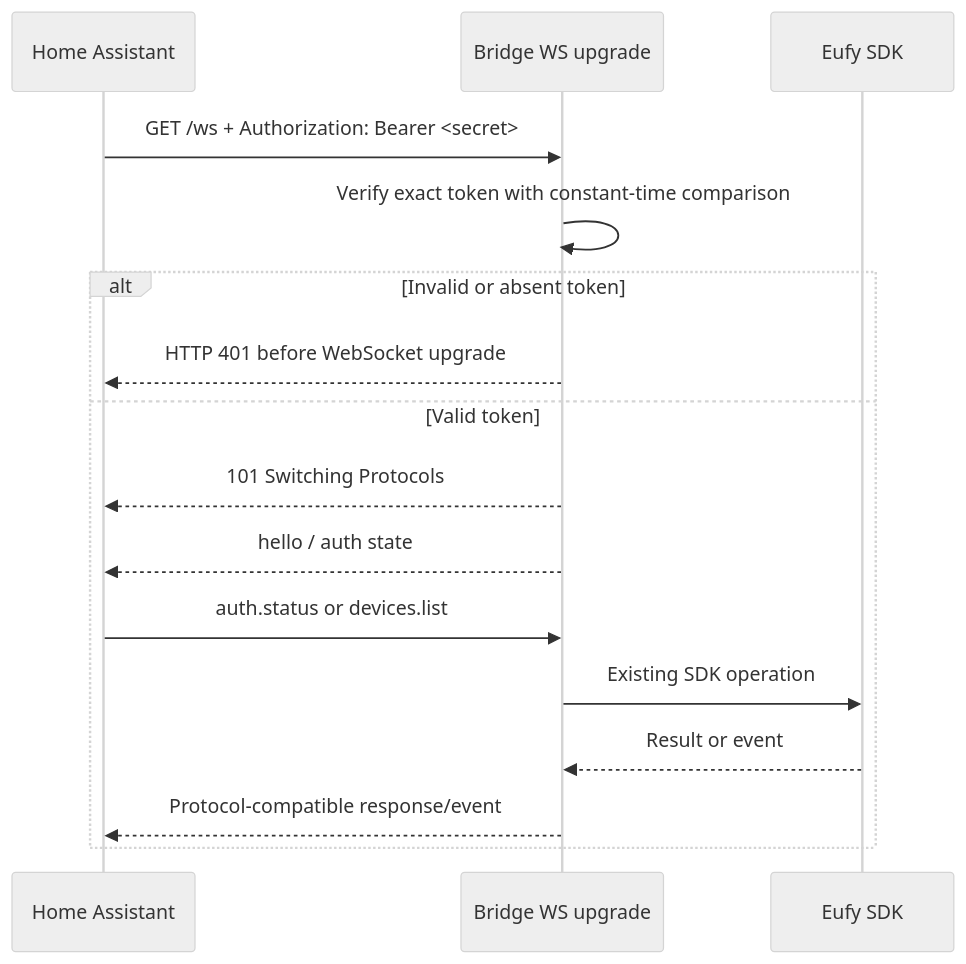
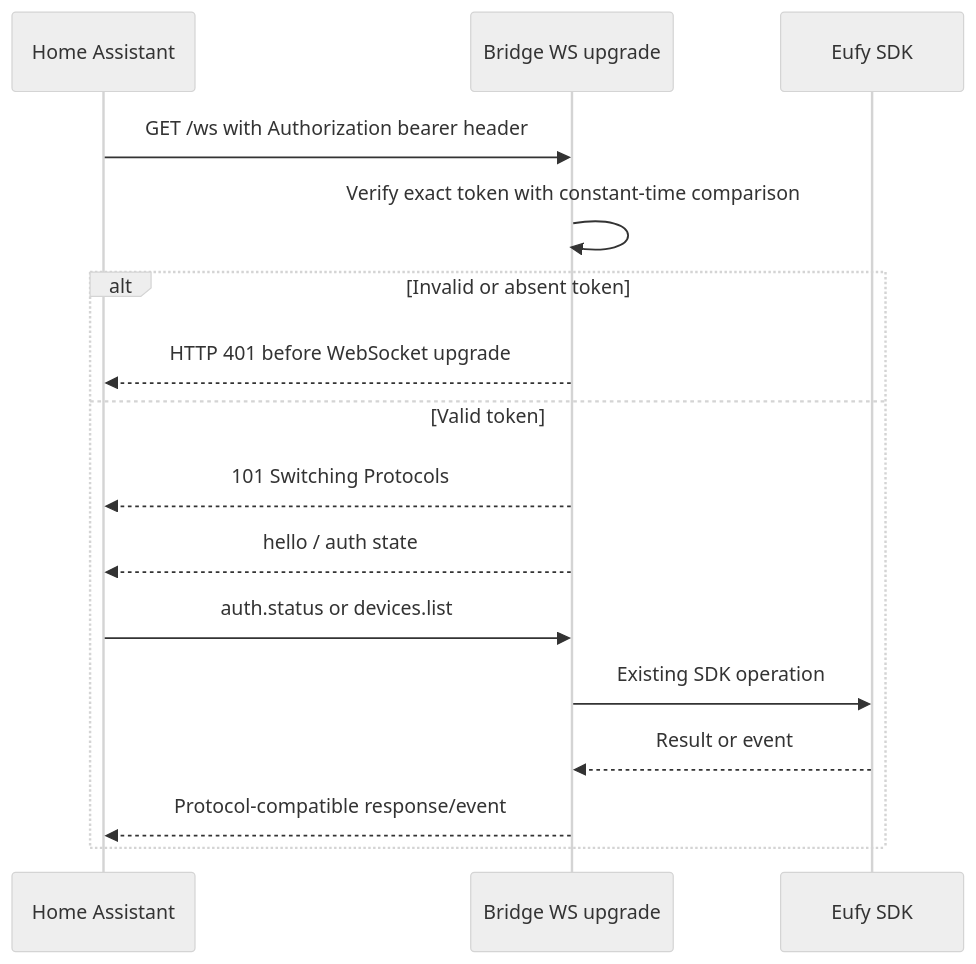
One commit to cfmanco/ha-eufy-sdk-bridge changed the third of 5 diagrams in docs/security-architecture.md. Above: the diagram before and after it, drawn with Mermaid (neutral theme). The commit also changed other lines of this file, not shown here.

Commit message:
docs(security): fix Mermaid interaction and separate HA Green deployment

````diff
--- a/docs/security-architecture.md
+++ b/docs/security-architecture.md
@@ -86,18 +86,18 @@
 ```mermaid
 sequenceDiagram
   participant HA as Home Assistant
   participant WS as Bridge WS upgrade
   participant SDK as Eufy SDK
-  HA->>WS: GET /ws + Authorization: Bearer <secret>
+  HA->>WS: GET /ws with Authorization bearer header
   WS->>WS: Verify exact token with constant-time comparison
   alt Invalid or absent token
     WS-->>HA: HTTP 401 before WebSocket upgrade
   else Valid token
     WS-->>HA: 101 Switching Protocols
     WS-->>HA: hello / auth state
     HA->>WS: auth.status or devices.list
     WS->>SDK: Existing SDK operation
     SDK-->>WS: Result or event
     WS-->>HA: Protocol-compatible response/event
   end
 ```
````
